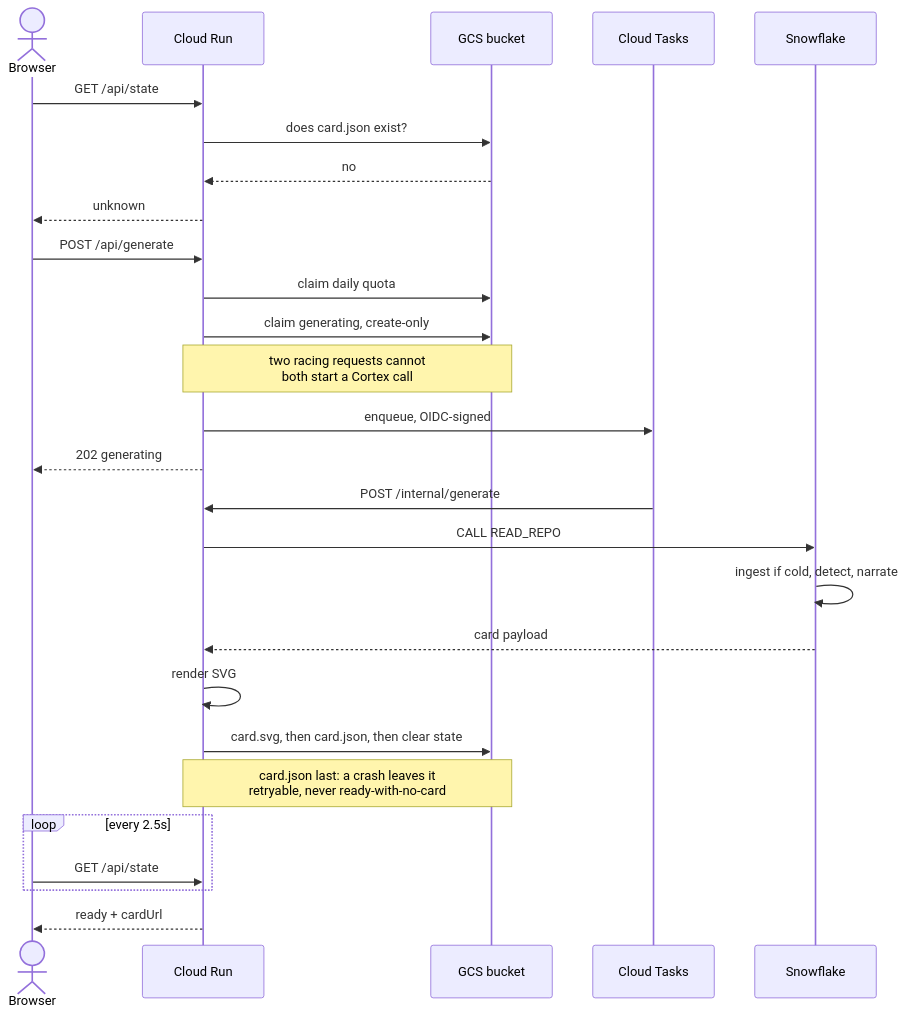
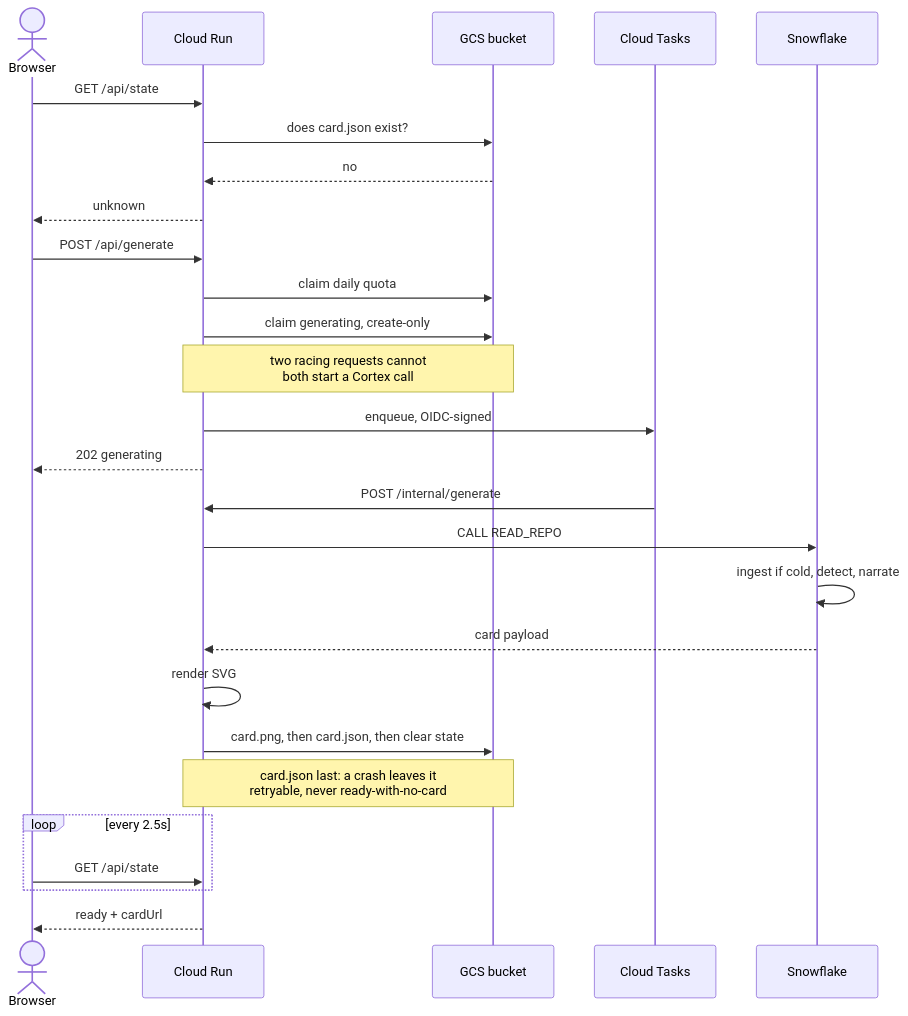
The second of 3 diagrams in README.md (anchildress1/commit-chronicles), drawn with Mermaid before and after one commit. The commit also changed other lines of this file and 27 other files, not shown here.

First line of the commit message:
feat(card): ship the card as a PNG, because dev.to will not serve an SVG

````diff
--- a/README.md
+++ b/README.md
@@ -147,37 +147,37 @@
 ```mermaid
 sequenceDiagram
     accTitle: Generation sequence
     accDescr: The browser reads state first and only posts to generate on a miss. Cloud Run claims a quota slot and a generating marker, then enqueues a Cloud Tasks job. The worker calls Snowflake, renders the SVG, and writes it to the bucket. The browser polls state until ready.
 
     actor U as Browser
     participant R as Cloud Run
     participant B as GCS bucket
     participant Q as Cloud Tasks
     participant S as Snowflake
 
     U->>R: GET /api/state
     R->>B: does card.json exist?
     B-->>R: no
     R-->>U: unknown
 
     U->>R: POST /api/generate
     R->>B: claim daily quota
     R->>B: claim generating, create-only
     Note over R,B: two racing requests cannot<br/>both start a Cortex call
     R->>Q: enqueue, OIDC-signed
     R-->>U: 202 generating
 
     Q->>R: POST /internal/generate
     R->>S: CALL READ_REPO
     S->>S: ingest if cold, detect, narrate
     S-->>R: card payload
 
     R->>R: render SVG
-    R->>B: card.svg, then card.json, then clear state
+    R->>B: card.png, then card.json, then clear state
     Note over R,B: card.json last: a crash leaves it<br/>retryable, never ready-with-no-card
 
     loop every 2.5s
         U->>R: GET /api/state
     end
     R-->>U: ready + cardUrl
 ```
````
